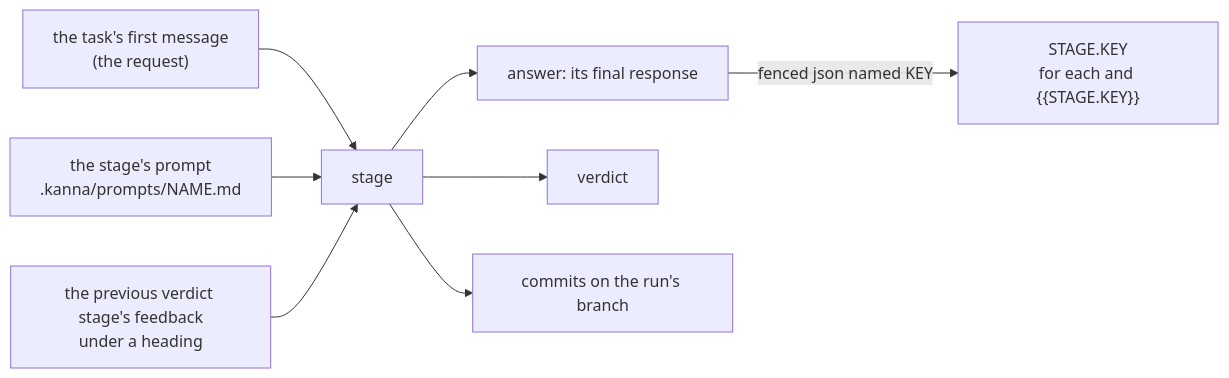
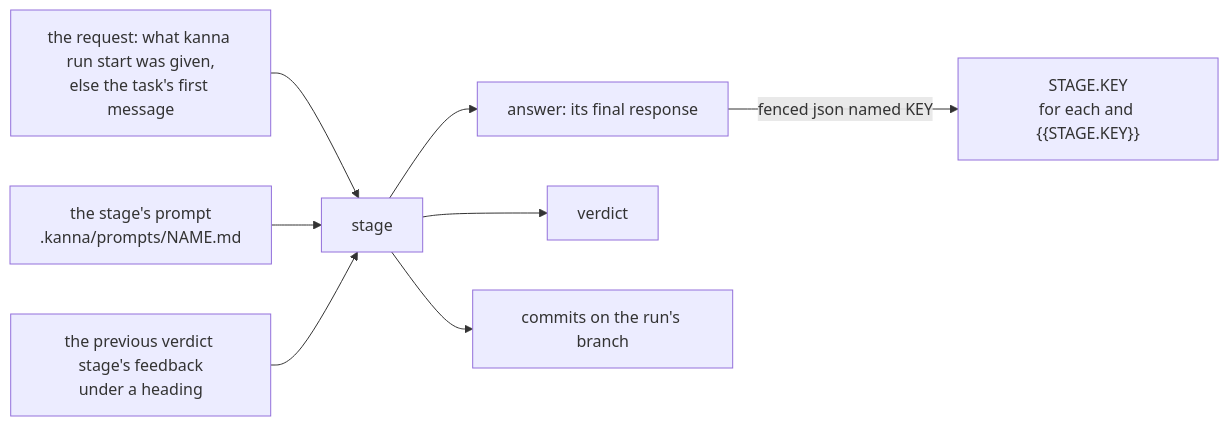
One commit to tampopogk/kanna changed the first of 2 diagrams in docs/specs/pipeline-language.md. Above: the diagram before and after it, drawn with Mermaid. The commit also changed other lines of this file and 8 other files, not shown here.

````diff
--- a/docs/specs/pipeline-language.md
+++ b/docs/specs/pipeline-language.md
@@ -94,10 +94,10 @@
 ```mermaid
 flowchart LR
-    T["the task's first message<br/>(the request)"] --> S
+    T["the request: what kanna run start was given,<br/>else the task's first message"] --> S
     P["the stage's prompt<br/>.kanna/prompts/NAME.md"] --> S
     F["the previous verdict stage's feedback<br/>under a heading"] --> S["stage"]
     S --> A["answer: its final response"]
     S --> V["verdict"]
     S --> C["commits on the run's branch"]
     A -->|"fenced json named KEY"| N["STAGE.KEY<br/>for each and {{STAGE.KEY}}"]
 ```
````
